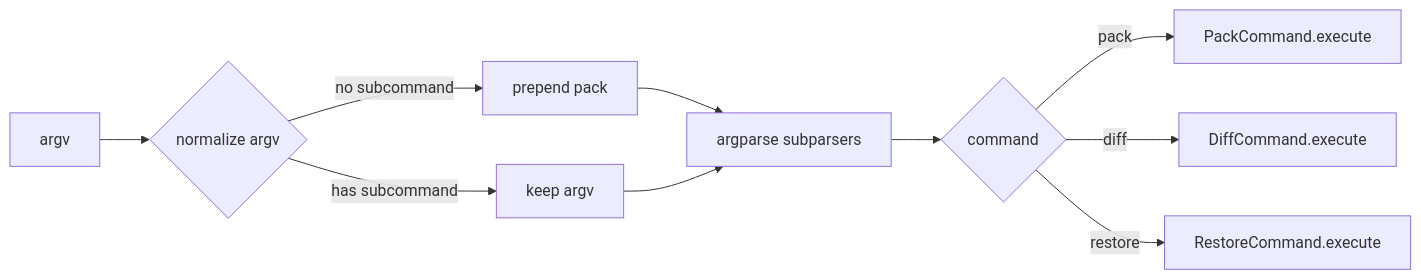
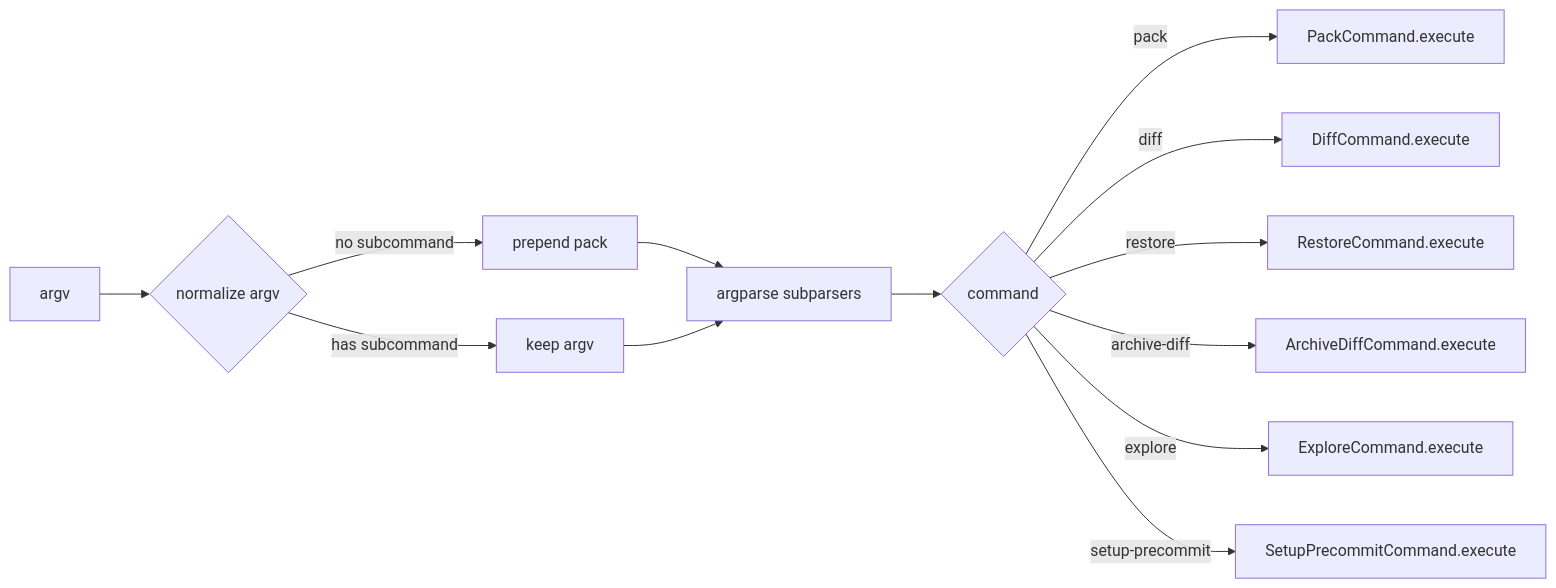
One commit to YaronKoresh/pakem changed the second of 5 diagrams in README.md. Above: the diagram before and after it, drawn with Mermaid. The commit also changed other lines of this file and 26 other files, not shown here.

First line of the commit message:
Add archive-diff, cloud I/O, cache, and CLI

````diff
--- a/README.md
+++ b/README.md
@@ -89,12 +100,15 @@
 ```mermaid
 flowchart LR
     A[argv] --> B{normalize argv}
     B -->|no subcommand| C[prepend pack]
     B -->|has subcommand| D[keep argv]
     C --> E[argparse subparsers]
     D --> E[argparse subparsers]
     E --> F{command}
     F -->|pack| G[PackCommand.execute]
     F -->|diff| H[DiffCommand.execute]
     F -->|restore| I[RestoreCommand.execute]
+    F -->|archive-diff| J[ArchiveDiffCommand.execute]
+    F -->|explore| K[ExploreCommand.execute]
+    F -->|setup-precommit| L[SetupPrecommitCommand.execute]
 ```
````
